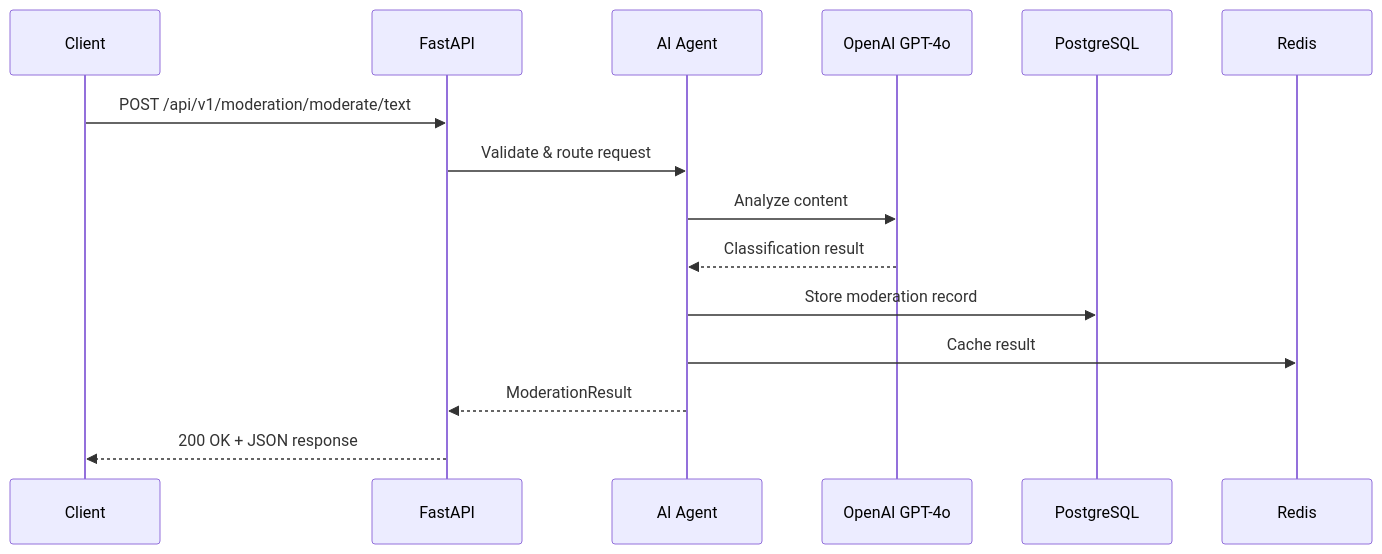
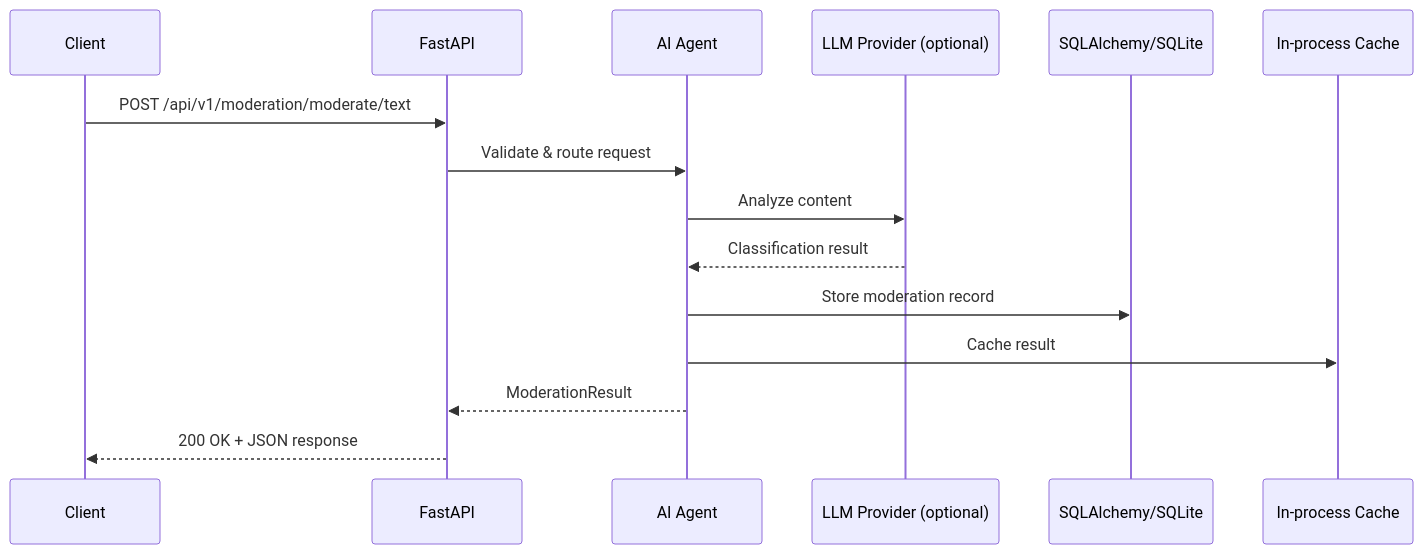
Before and after one commit to AAH20/ugc-marketplace: the second of 3 diagrams in README.md, drawn with Mermaid. The commit also changed other lines of this file, not shown here.

````diff
--- a/README.md
+++ b/README.md
@@ -155,18 +155,18 @@
 ```mermaid
 sequenceDiagram
     participant Client
     participant API as FastAPI
     participant Agent as AI Agent
-    participant LLM as OpenAI GPT-4o
-    participant DB as PostgreSQL
-    participant Cache as Redis
+    participant LLM as LLM Provider (optional)
+    participant DB as SQLAlchemy/SQLite
+    participant Cache as In-process Cache
 
     Client->>API: POST /api/v1/moderation/moderate/text
     API->>Agent: Validate & route request
     Agent->>LLM: Analyze content
     LLM-->>Agent: Classification result
     Agent->>DB: Store moderation record
     Agent->>Cache: Cache result
     Agent-->>API: ModerationResult
     API-->>Client: 200 OK + JSON response
 ```
````
